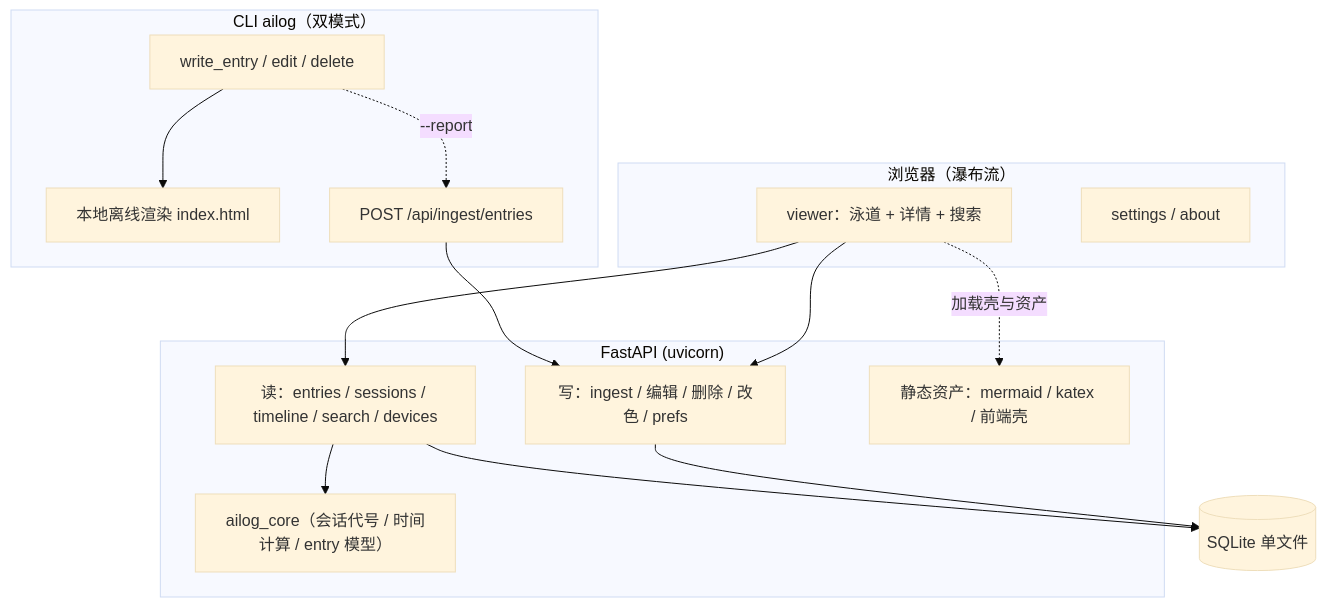
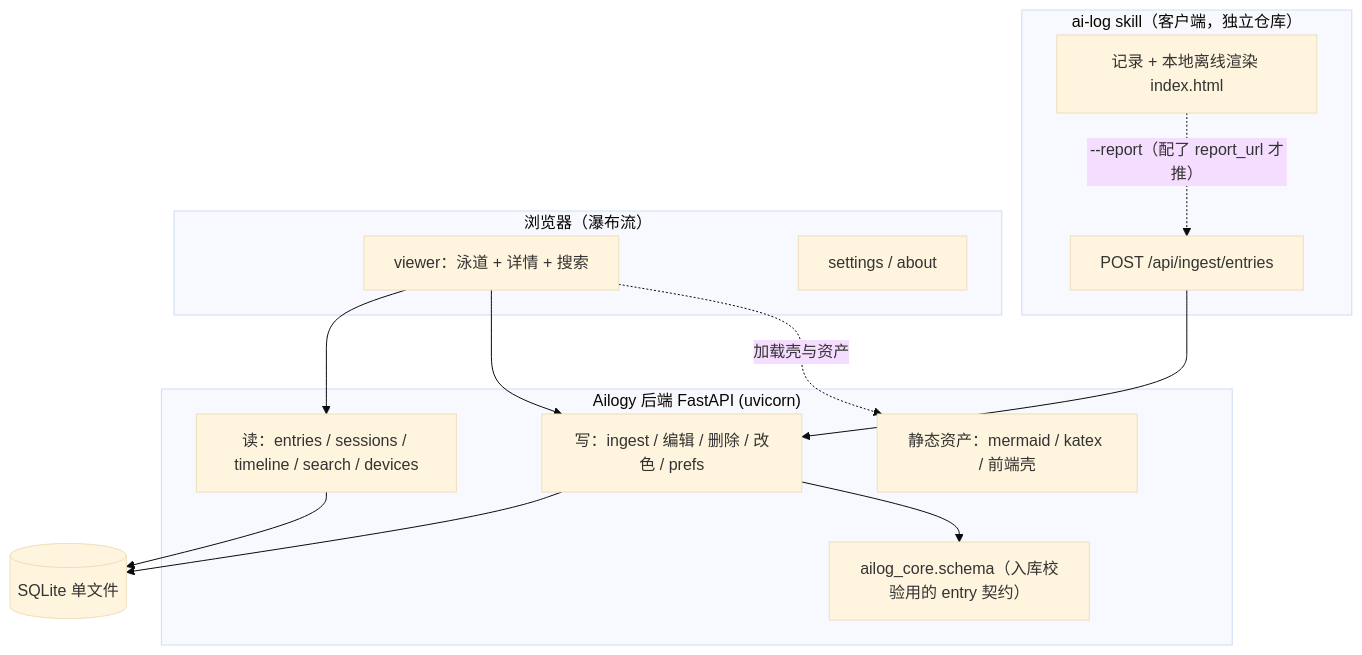
The diagram in README.md (icloudsheep/Ailogy), drawn with Mermaid (base theme) before and after one commit. The commit also changed other lines of this file and 12 other files, not shown here.

````diff
--- a/README.md
+++ b/README.md
@@ -22,25 +28,25 @@
 ```mermaid
 flowchart TB
-    subgraph CLI["CLI ailog（双模式）"]
-        C1["write_entry / edit / delete"] --> C2["本地离线渲染 index.html"]
-        C1 -.->|"--report"| C3["POST /api/ingest/entries"]
+    subgraph Client["ai-log skill（客户端，独立仓库）"]
+        C1["记录 + 本地离线渲染 index.html"]
+        C1 -.->|"--report（配了 report_url 才推）"| C3["POST /api/ingest/entries"]
     end
     subgraph Browser["浏览器（瀑布流）"]
         P1["viewer：泳道 + 详情 + 搜索"]
         P2["settings / about"]
     end
-    subgraph Backend["FastAPI (uvicorn)"]
+    subgraph Backend["Ailogy 后端 FastAPI (uvicorn)"]
         R1["读：entries / sessions / timeline / search / devices"]
         R2["写：ingest / 编辑 / 删除 / 改色 / prefs"]
-        CORE["ailog_core（会话代号 / 时间计算 / entry 模型）"]
+        CORE["ailog_core.schema（入库校验用的 entry 契约）"]
         ST["静态资产：mermaid / katex / 前端壳"]
     end
     DB[("SQLite 单文件")]
     C3 --> R2
     P1 --> R1
     P1 --> R2
     P1 -.->|加载壳与资产| ST
     R1 --> DB
     R2 --> DB
-    R1 --> CORE
+    R2 --> CORE
 ```
````
